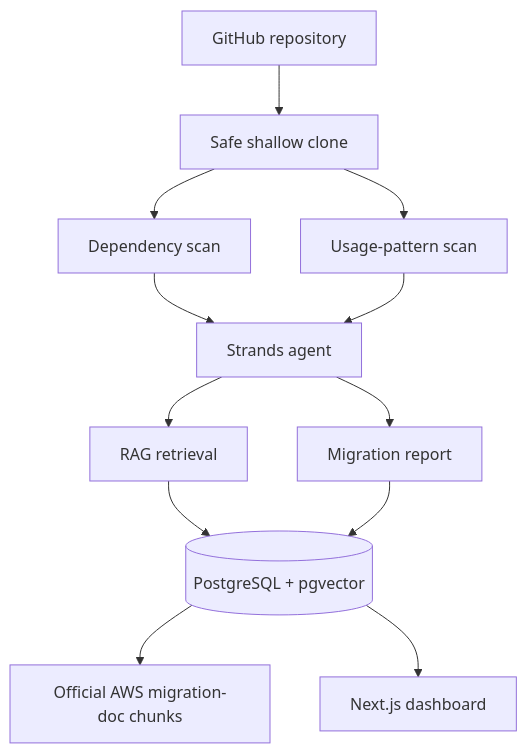
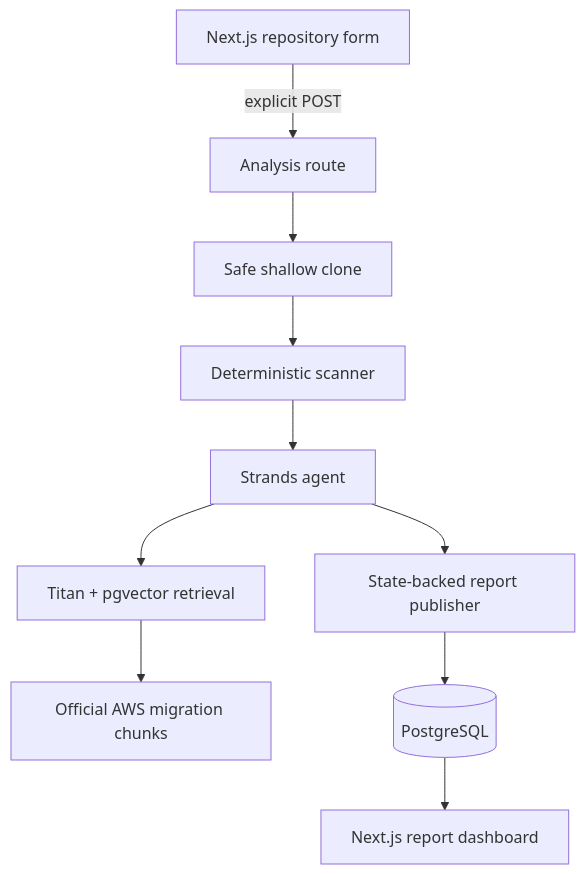
The diagram in README.md (crasyabhi/MigrationPilot), drawn with Mermaid before and after one commit. The commit also changed other lines of this file and 93 other files, not shown here.

Commit message:
feat: connect live analysis flow and add measured evaluation

````diff
--- a/README.md
+++ b/README.md
@@ -72,14 +39,12 @@
 ```mermaid
 flowchart TD
-    A[GitHub repository] --> B[Safe shallow clone]
-    B --> C[Dependency scan]
-    B --> D[Usage-pattern scan]
-    C --> E[Strands agent]
-    D --> E
-    E --> F[RAG retrieval]
-    F --> G[(PostgreSQL + pgvector)]
-    G --> H[Official AWS migration-doc chunks]
-    E --> I[Migration report]
-    I --> G
-    G --> J[Next.js dashboard]
+    UI[Next.js repository form] -->|explicit POST| API[Analysis route]
+    API --> CLONE[Safe shallow clone]
+    CLONE --> SCAN[Deterministic scanner]
+    SCAN --> AGENT[Strands agent]
+    AGENT --> RAG[Titan + pgvector retrieval]
+    RAG --> DOCS[Official AWS migration chunks]
+    AGENT --> PUB[State-backed report publisher]
+    PUB --> DB[(PostgreSQL)]
+    DB --> REPORT[Next.js report dashboard]
 ```
````
